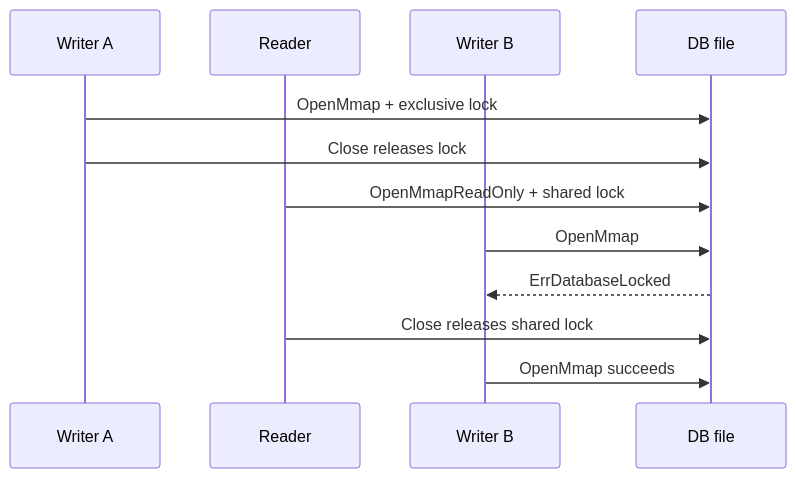
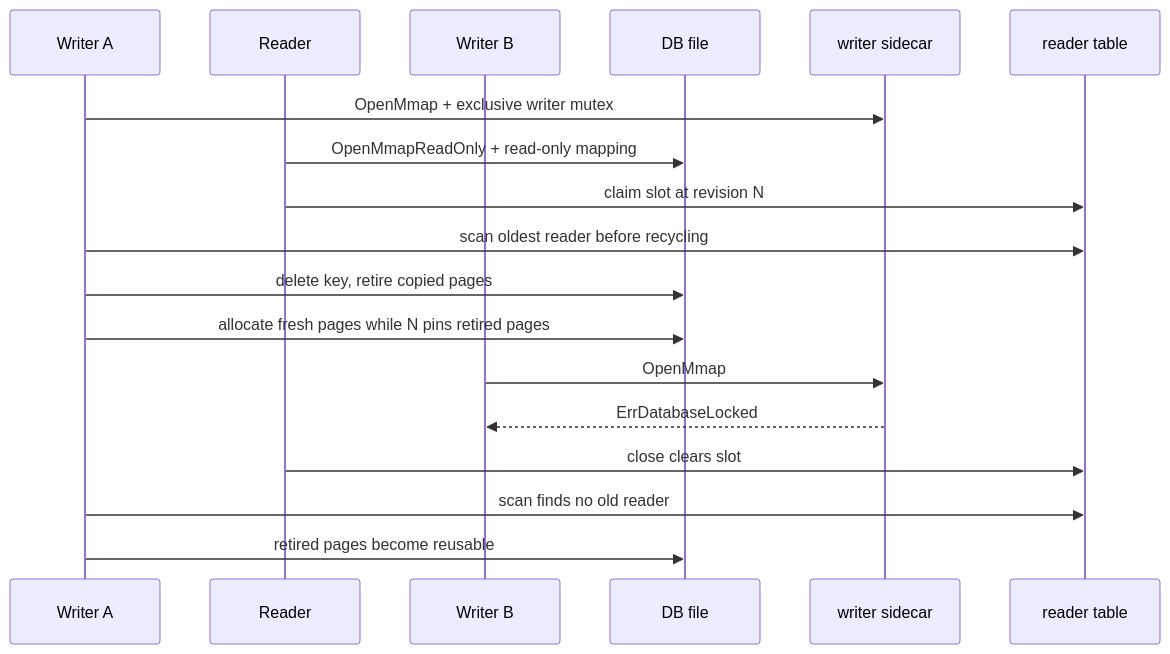
Before and after one commit to hadamrd/cow-btree-course: the fourth of 4 diagrams in docs/08-mmap-backed-pages.md, drawn with Mermaid. The commit also changed other lines of this file and 14 other files, not shown here.

Commit message:
feat: add lmdb-style mmap reader table

````diff
--- a/docs/08-mmap-backed-pages.md
+++ b/docs/08-mmap-backed-pages.md
@@ -171,14 +173,20 @@
 ```mermaid
 sequenceDiagram
     participant A as Writer A
     participant R as Reader
     participant B as Writer B
     participant F as DB file
-    A->>F: OpenMmap + exclusive lock
-    A->>F: Close releases lock
-    R->>F: OpenMmapReadOnly + shared lock
-    B->>F: OpenMmap
-    F-->>B: ErrDatabaseLocked
-    R->>F: Close releases shared lock
-    B->>F: OpenMmap succeeds
+    participant L as writer sidecar
+    participant T as reader table
+    A->>L: OpenMmap + exclusive writer mutex
+    R->>F: OpenMmapReadOnly + read-only mapping
+    R->>T: claim slot at revision N
+    A->>T: scan oldest reader before recycling
+    A->>F: delete key, retire copied pages
+    A->>F: allocate fresh pages while N pins retired pages
+    B->>L: OpenMmap
+    L-->>B: ErrDatabaseLocked
+    R->>T: close clears slot
+    A->>T: scan finds no old reader
+    A->>F: retired pages become reusable
 ```
````
